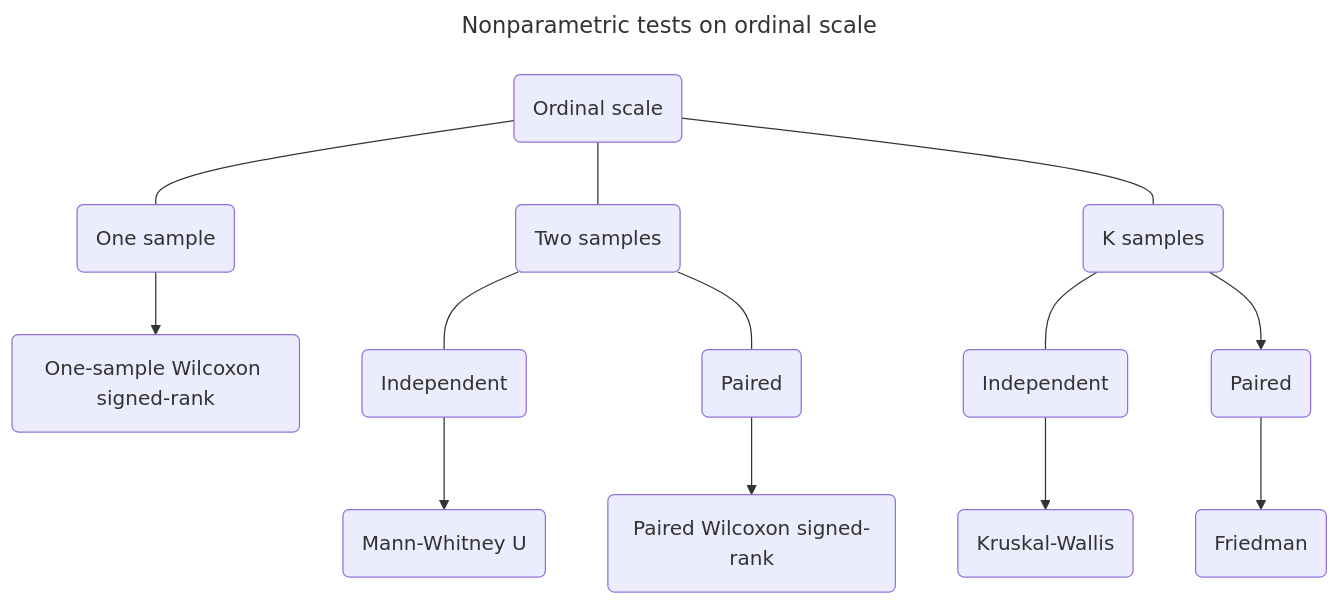
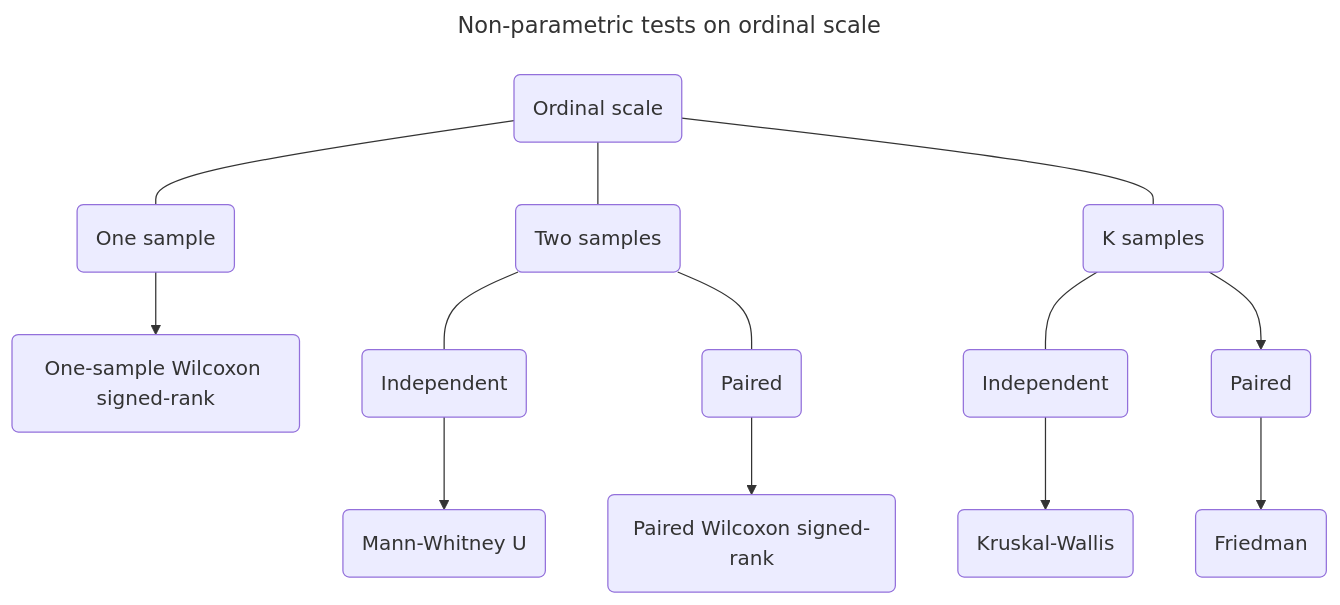
Before and after one commit to x-square/data_analytics: the third of 3 diagrams in 24_05_maths_statistics_analytics.md, drawn with Mermaid. The commit also changed other lines of this file, not shown here.

Commit message:
2024 Notes on Maths and Practices for Analytics
This document covers key concepts in maths, statistics and practical practices used in analytics, with applications in Python. It is compiled from various resources for academic use.

````diff
--- a/24_05_maths_statistics_analytics.md
+++ b/24_05_maths_statistics_analytics.md
@@ -2127,11 +2127,11 @@
 ```mermaid
 ---
-title: Nonparametric tests on ordinal scale
+title: Non-parametric tests on ordinal scale
 ---
 graph TD
     A2(Ordinal scale) --- B4(One sample) --> C6(One-sample Wilcoxon signed-rank)
     A2 --- B5(Two samples) --- C7(Independent) --> D5(Mann-Whitney U)
     B5 --- C8(Paired) --> D6(Paired Wilcoxon signed-rank)
     A2 --- B6(K samples) --- C9(Independent) --> D7(Kruskal-Wallis)
     B6 --> C10(Paired) --> D8(Friedman)
 ```
````
